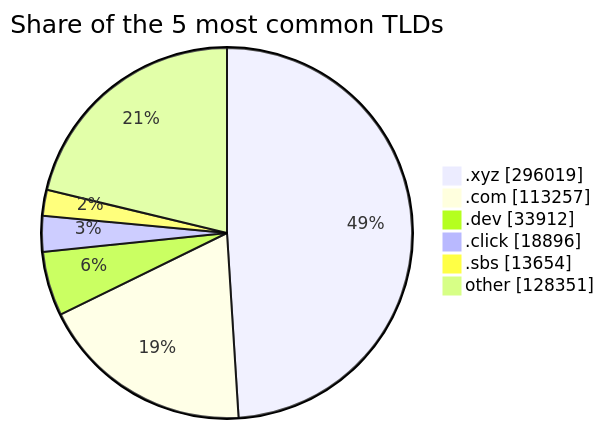
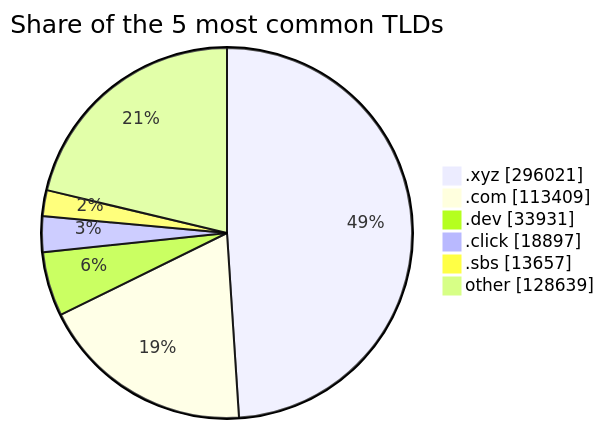
The third of 3 diagrams in README.md (DNSBunker/CTI), drawn with Mermaid before and after one commit. The commit also changed other lines of this file and 3 other files, not shown here.

````diff
--- a/README.md
+++ b/README.md
@@ -81,9 +81,9 @@
 ```mermaid
 pie showData title Share of the 5 most common TLDs
-    ".xyz" : 296019
-    ".com" : 113257
-    ".dev" : 33912
-    ".click" : 18896
-    ".sbs" : 13654
-    "other" : 128351
+    ".xyz" : 296021
+    ".com" : 113409
+    ".dev" : 33931
+    ".click" : 18897
+    ".sbs" : 13657
+    "other" : 128639
 ```
````
